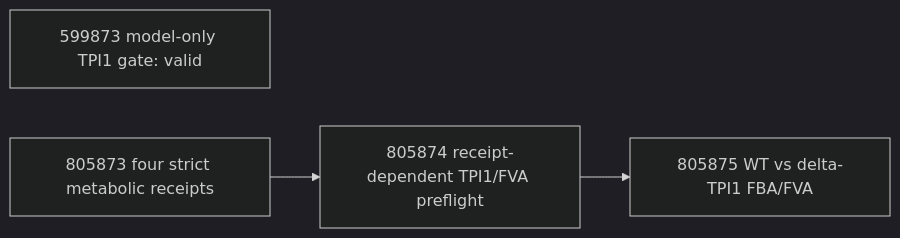
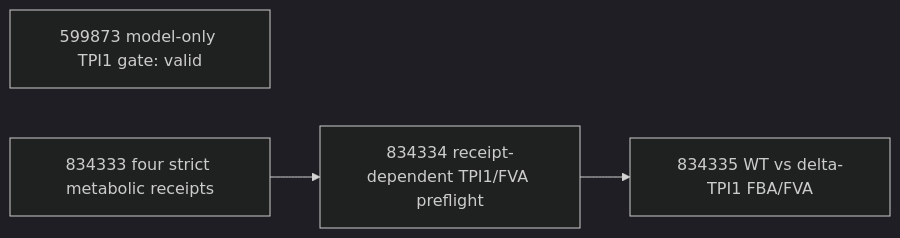
Before and after one commit to xm2325/hgsoc_corneto: the diagram in docs/hgsoc_corneto_research_status.md, drawn with Mermaid (dark theme). The commit also changed other lines of this file and 1 other file, not shown here.

Commit message:
Audit 70-hour partial receipts and current recovery state

````diff
--- a/docs/hgsoc_corneto_research_status.md
+++ b/docs/hgsoc_corneto_research_status.md
@@ -293,6 +326,6 @@
 ```mermaid
 flowchart LR
     M["599873 model-only TPI1 gate: valid"]
-    B["805873 four strict metabolic receipts"] --> P["805874 receipt-dependent TPI1/FVA preflight"]
-    P --> V["805875 WT vs delta-TPI1 FBA/FVA"]
+    B["834333 four strict metabolic receipts"] --> P["834334 receipt-dependent TPI1/FVA preflight"]
+    P --> V["834335 WT vs delta-TPI1 FBA/FVA"]
 ```
````
